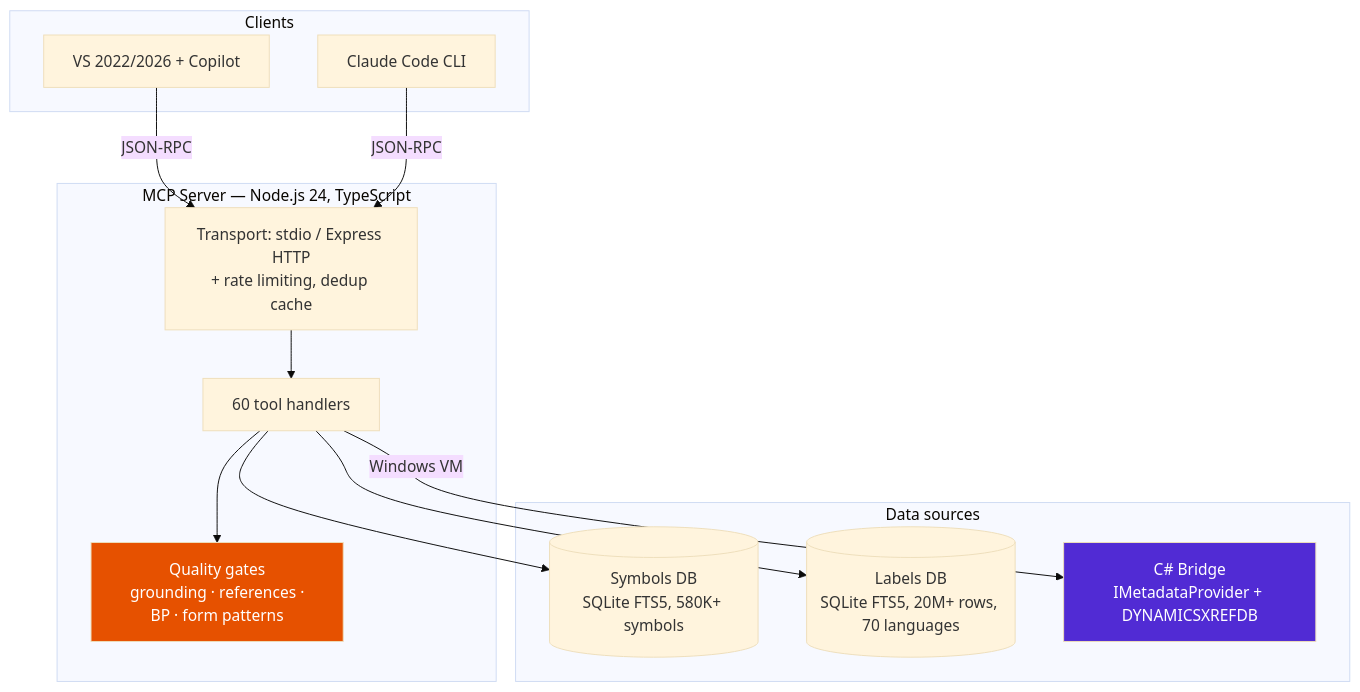
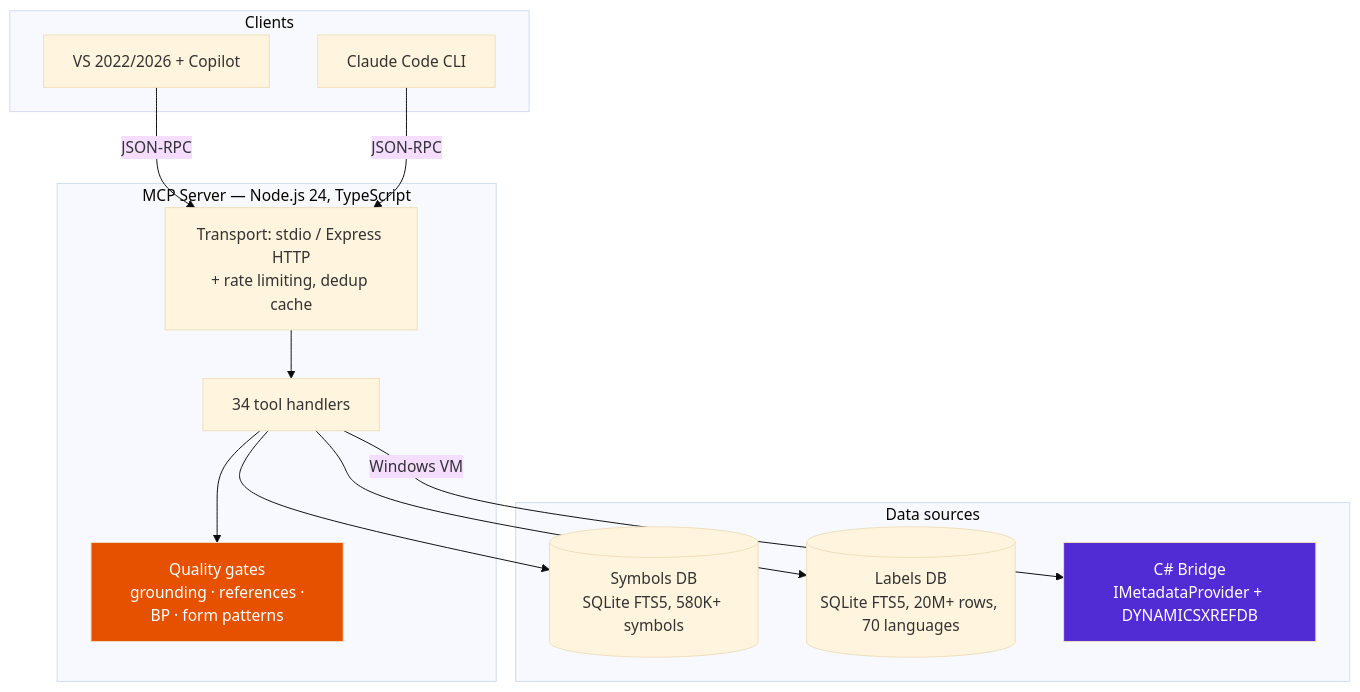
The first of 5 diagrams in docs/ARCHITECTURE.md (timothy775/d365fo-mcp-server), drawn with Mermaid (base theme) before and after one commit. The commit also changed other lines of this file and 64 other files, not shown here.

````diff
--- a/docs/ARCHITECTURE.md
+++ b/docs/ARCHITECTURE.md
@@ -9,27 +9,27 @@
 ```mermaid
 graph TB
     subgraph Clients
         VS[VS 2022/2026 + Copilot]
         CC[Claude Code CLI]
     end
 
     subgraph "MCP Server — Node.js 24, TypeScript"
         TRANSPORT[Transport: stdio / Express HTTP\n+ rate limiting, dedup cache]
-        TOOLS[60 tool handlers]
+        TOOLS[34 tool handlers]
         GATES[Quality gates\n grounding · references · BP · form patterns]
     end
 
     subgraph "Data sources"
         DB[(Symbols DB\nSQLite FTS5, 580K+ symbols)]
         LDB[(Labels DB\nSQLite FTS5, 20M+ rows, 70 languages)]
         BRIDGE[C# Bridge\nIMetadataProvider + DYNAMICSXREFDB]
     end
 
     VS & CC -->|JSON-RPC| TRANSPORT --> TOOLS
     TOOLS --> GATES
     TOOLS --> DB & LDB
     TOOLS -->|Windows VM| BRIDGE
 
     style BRIDGE fill:#512BD4,color:#fff
     style GATES fill:#E65100,color:#fff
 ```
````
